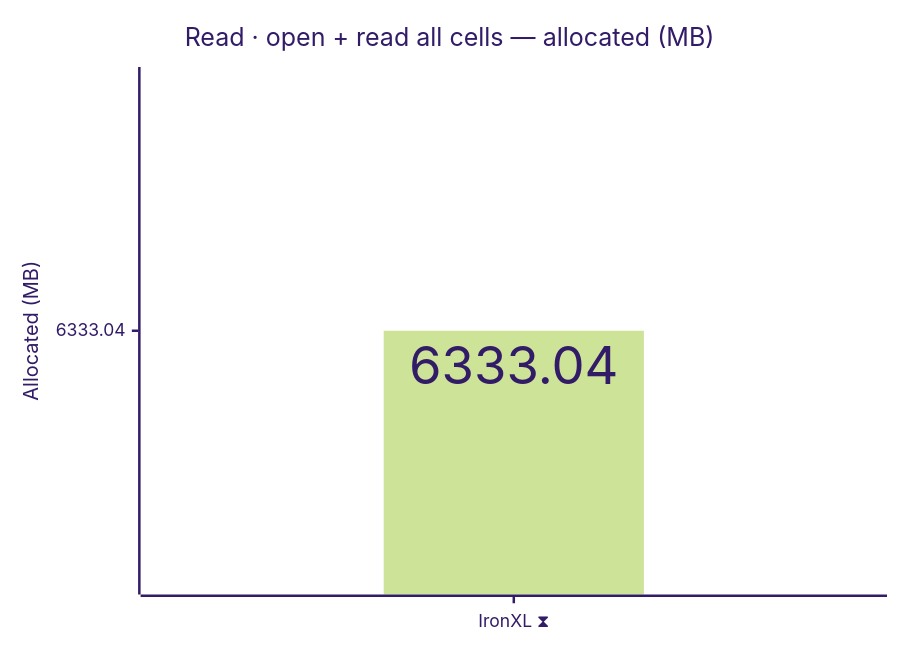
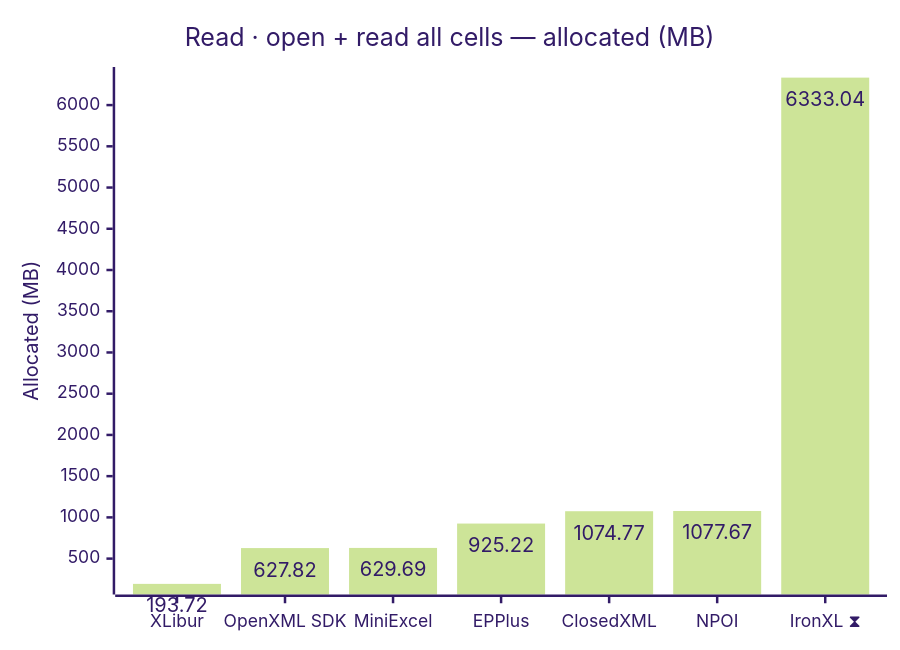
Before and after one commit to jafin/XLBench: the fourth of 12 diagrams in docs/results.md, drawn with Mermaid (forest theme). The commit also changed other lines of this file and 1 other file, not shown here.

````diff
--- a/docs/results.md
+++ b/docs/results.md
@@ -78,12 +78,12 @@
 ```mermaid
 ---
 config:
   xyChart:
     showDataLabel: true
 ---
 xychart-beta
     title "Read · open + read all cells — allocated (MB)"
-    x-axis ["IronXL ⧗"]
+    x-axis ["XLibur", "OpenXML SDK", "MiniExcel", "EPPlus", "ClosedXML", "NPOI", "IronXL ⧗"]
     y-axis "Allocated (MB)"
-    bar [6333.04]
+    bar [193.72, 627.82, 629.69, 925.22, 1074.77, 1077.67, 6333.04]
 ```
````
